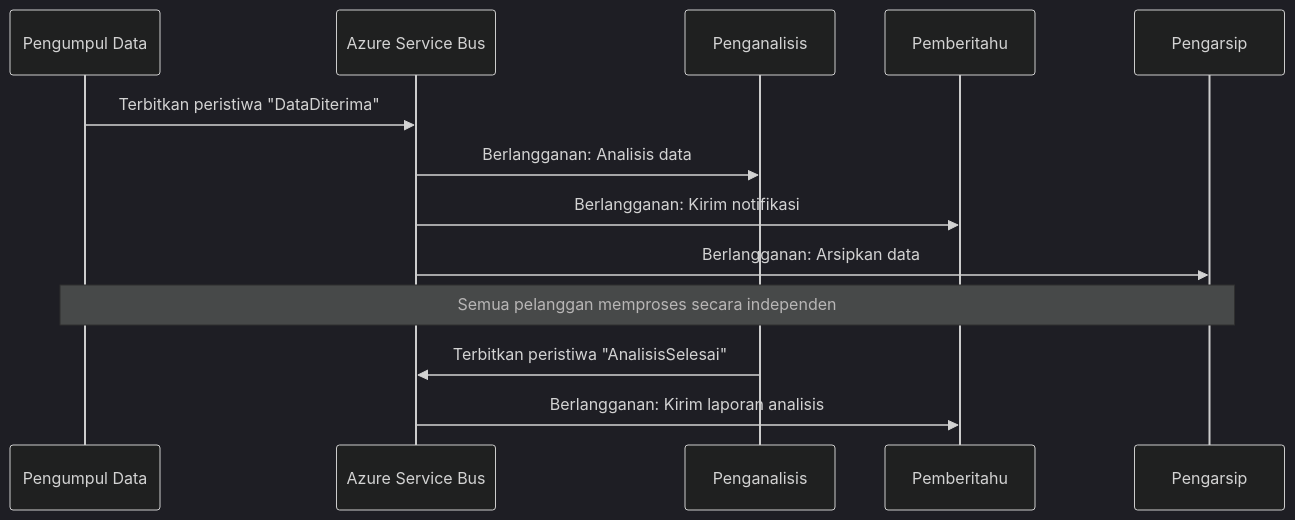
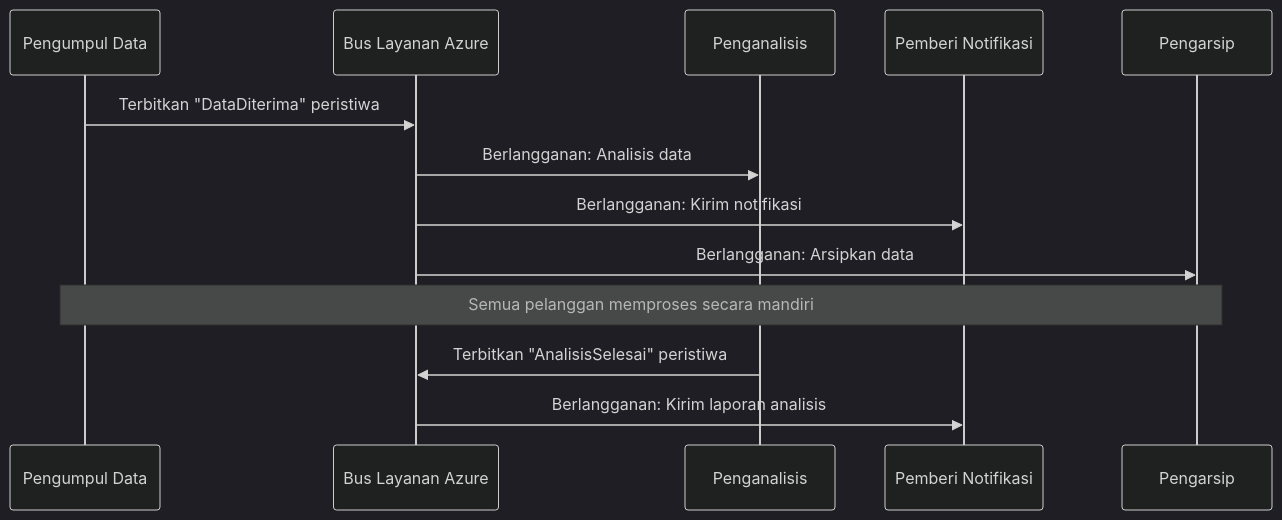
The fourth of 6 diagrams in translations/id/docs/chapter-06-pre-deployment/coordination-patterns.md (microsoft/AZD-for-beginners), drawn with Mermaid (dark theme) before and after one commit. The commit also changed other lines of this file and 101 other files, not shown here.

````diff
--- a/translations/id/docs/chapter-06-pre-deployment/coordination-patterns.md
+++ b/translations/id/docs/chapter-06-pre-deployment/coordination-patterns.md
@@ -191,18 +185,18 @@
 ```mermaid
 sequenceDiagram
     participant Agent1 as Pengumpul Data
-    participant EventBus as Azure Service Bus
+    participant EventBus as Bus Layanan Azure
     participant Agent2 as Penganalisis
-    participant Agent3 as Pemberitahu
+    participant Agent3 as Pemberi Notifikasi
     participant Agent4 as Pengarsip
     
-    Agent1->>EventBus: Terbitkan peristiwa "DataDiterima"
+    Agent1->>EventBus: Terbitkan "DataDiterima" peristiwa
     EventBus->>Agent2: Berlangganan: Analisis data
     EventBus->>Agent3: Berlangganan: Kirim notifikasi
     EventBus->>Agent4: Berlangganan: Arsipkan data
     
-    Note over Agent1,Agent4: Semua pelanggan memproses secara independen
+    Note over Agent1,Agent4: Semua pelanggan memproses secara mandiri
     
-    Agent2->>EventBus: Terbitkan peristiwa "AnalisisSelesai"
+    Agent2->>EventBus: Terbitkan "AnalisisSelesai" peristiwa
     EventBus->>Agent3: Berlangganan: Kirim laporan analisis
 ```
````
